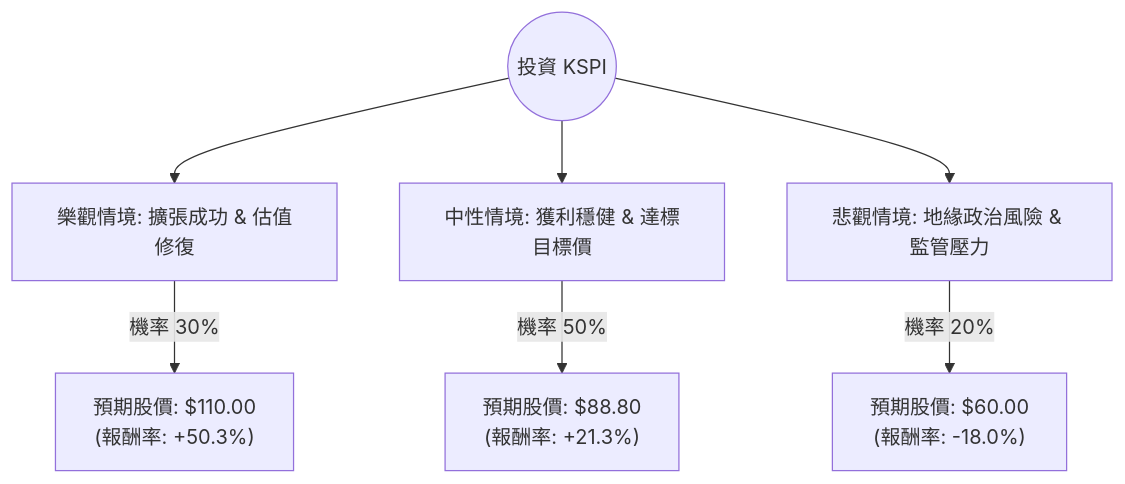
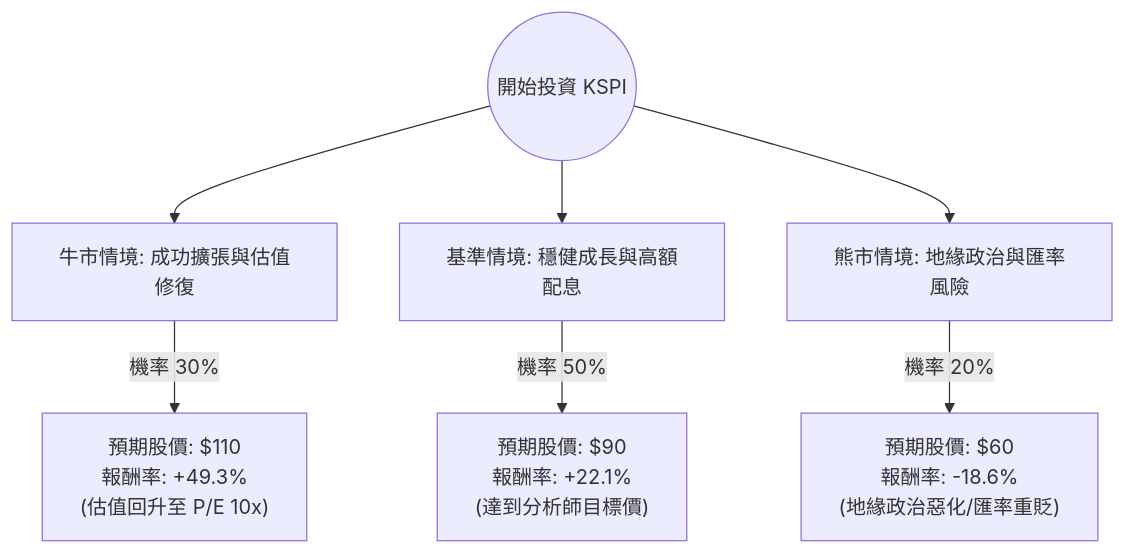
The diagram in plugin-react/ai-analysis/ev-analysis/KSPI.md (zmcx16/zmcx16.github.io), drawn with Mermaid before and after one commit. The commit also changed other lines of this file and 80 other files, not shown here.

````diff
--- a/plugin-react/ai-analysis/ev-analysis/KSPI.md
+++ b/plugin-react/ai-analysis/ev-analysis/KSPI.md
@@ -21,10 +25,10 @@
 ```mermaid
 graph TD
-    Start((投資 KSPI)) --> Bull[樂觀情境: 擴張成功 & 估值修復]
-    Start --> Base[中性情境: 獲利穩健 & 達標目標價]
-    Start --> Bear[悲觀情境: 地緣政治風險 & 監管壓力]
+    Start((開始投資 KSPI)) --> Bull[牛市情境: 成功擴張與估值修復]
+    Start --> Base[基準情境: 穩健成長與高額配息]
+    Start --> Bear[熊市情境: 地緣政治與匯率風險]
 
-    Bull -- "機率 30%" --> BullVal["預期股價: $110.00 <br/> (報酬率: +50.3%)"]
-    Base -- "機率 50%" --> BaseVal["預期股價: $88.80 <br/> (報酬率: +21.3%)"]
-    Bear -- "機率 20%" --> BearVal["預期股價: $60.00 <br/> (報酬率: -18.0%)"]
+    Bull -- "機率 30%" --> BullResult["預期股價: $110 <br/> 報酬率: +49.3% <br/> (估值回升至 P/E 10x)"]
+    Base -- "機率 50%" --> BaseResult["預期股價: $90 <br/> 報酬率: +22.1% <br/> (達到分析師目標價)"]
+    Bear -- "機率 20%" --> BearResult["預期股價: $60 <br/> 報酬率: -18.6% <br/> (地緣政治惡化/匯率重貶)"]
 ```
````
